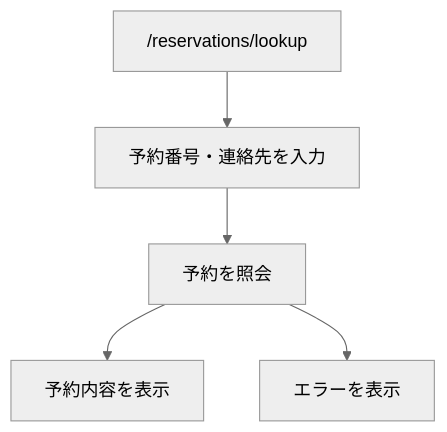
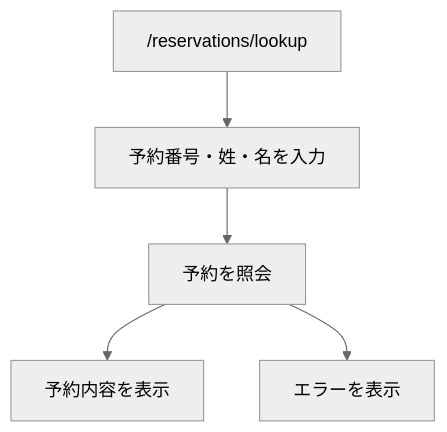
The second of 5 diagrams in docs/architecture-design/ui-routing-design.md (97kuek/HRS), drawn with Mermaid (neutral theme) before and after one commit. The commit also changed other lines of this file and 11 other files, not shown here.

````diff
--- a/docs/architecture-design/ui-routing-design.md
+++ b/docs/architecture-design/ui-routing-design.md
@@ -93,12 +94,12 @@
 ```mermaid
 flowchart TD
     start["/reservations/lookup"]
-    input["予約番号・連絡先を入力"]
+    input["予約番号・姓・名を入力"]
     lookup["予約を照会"]
     detail["予約内容を表示"]
     error["エラーを表示"]
 
     start --> input --> lookup
     lookup --> detail
     lookup --> error
 ```
````
